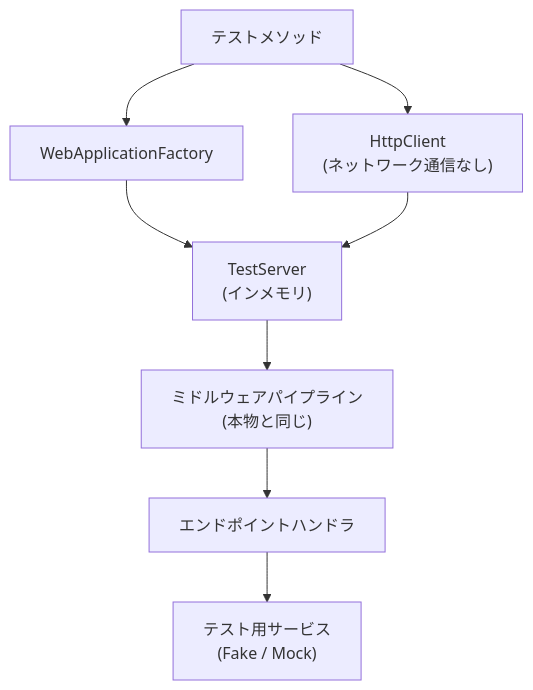
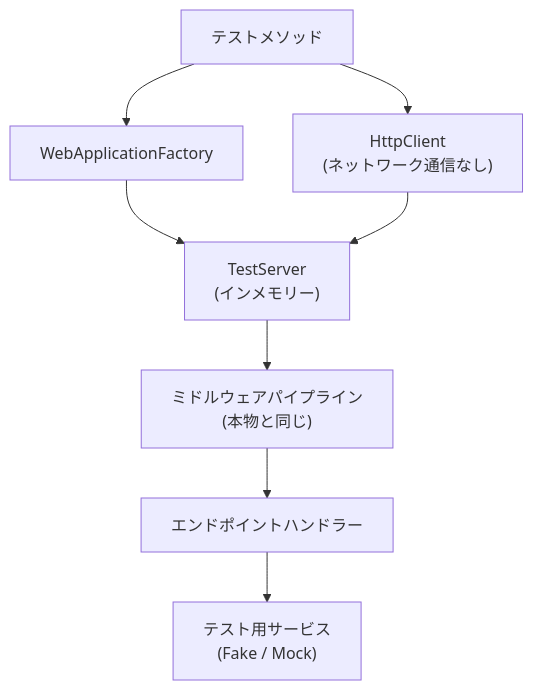
Diagram 19 of 20 in content/blog/ja/aspnet-core-architecture.mdx (yoichiozaki/yoichiozaki.github.io), drawn with Mermaid before and after one commit. The commit also changed other lines of this file and 117 other files, not shown here.

````diff
--- a/content/blog/ja/aspnet-core-architecture.mdx
+++ b/content/blog/ja/aspnet-core-architecture.mdx
@@ -1013,11 +1013,11 @@
 ```mermaid
 graph TD
     Test["テストメソッド"] --> WAF["WebApplicationFactory"]
-    WAF --> TestServer["TestServer<br/>(インメモリ)"]
+    WAF --> TestServer["TestServer<br/>(インメモリー)"]
     TestServer --> Pipeline["ミドルウェアパイプライン<br/>(本物と同じ)"]
-    Pipeline --> Handler["エンドポイントハンドラ"]
+    Pipeline --> Handler["エンドポイントハンドラー"]
     Handler --> FakeDB["テスト用サービス<br/>(Fake / Mock)"]
 
     Test --> Client["HttpClient<br/>(ネットワーク通信なし)"]
     Client --> TestServer
 ```
````
